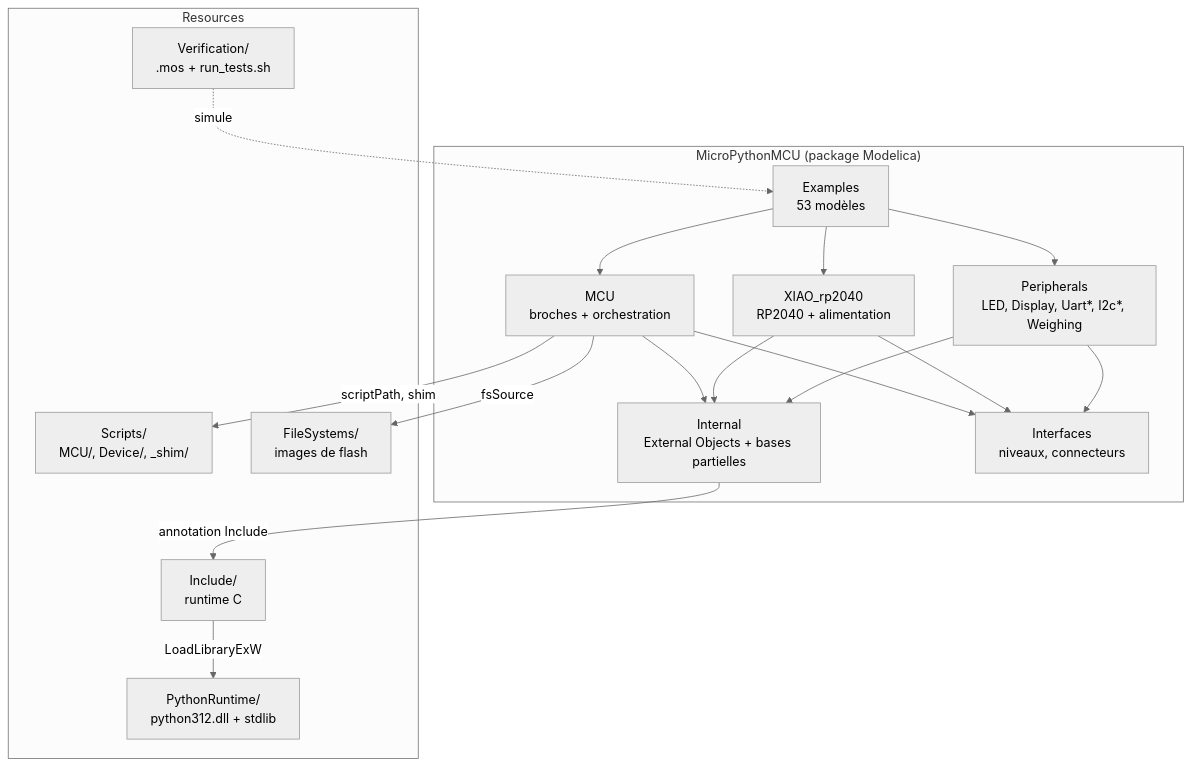
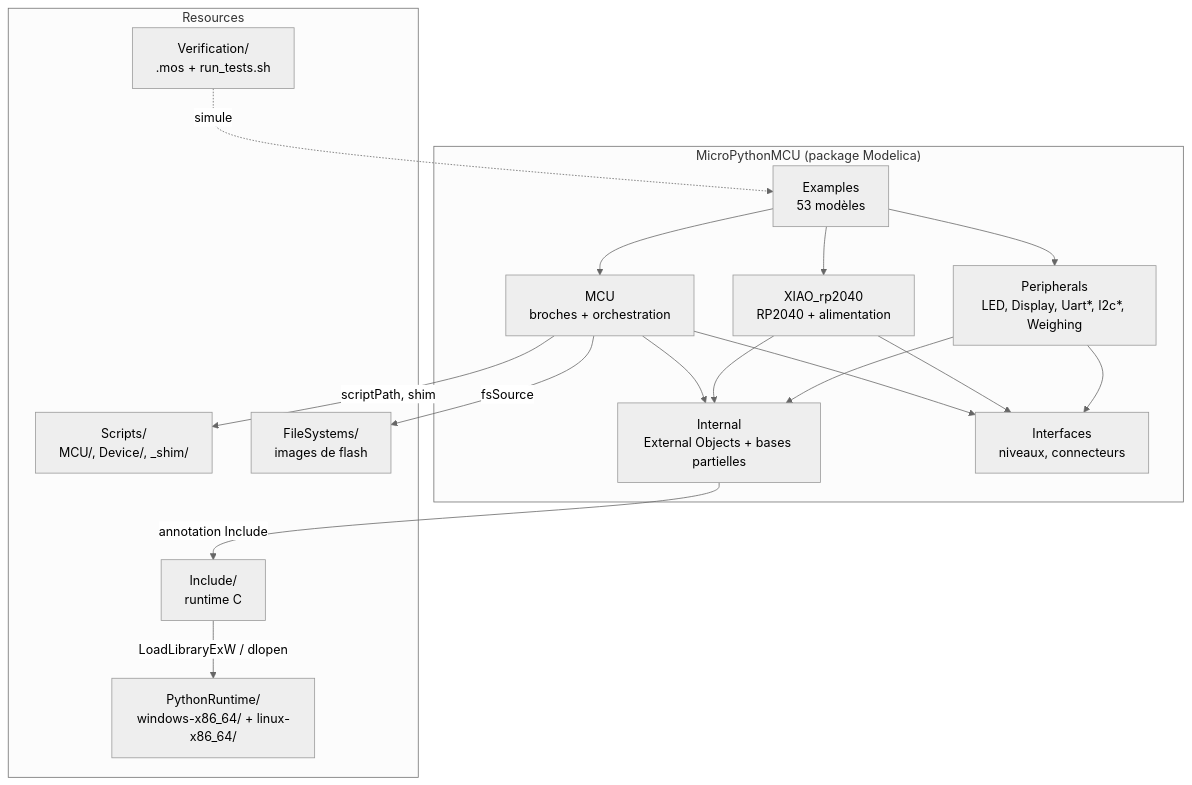
One commit to bdelaup/modelica_micropython changed the diagram in docs/fr/interne/architecture.md. Above: the diagram before and after it, drawn with Mermaid (neutral theme). The commit also changed other lines of this file and 1857 other files, not shown here.

````diff
--- a/docs/fr/interne/architecture.md
+++ b/docs/fr/interne/architecture.md
@@ -10,32 +10,32 @@
 ```mermaid
 flowchart TB
     subgraph LIB["MicroPythonMCU (package Modelica)"]
         Examples["Examples<br/>53 modèles"]
         MCU["MCU<br/>broches + orchestration"]
         XIAO["XIAO_rp2040<br/>RP2040 + alimentation"]
         Peripherals["Peripherals<br/>LED, Display, Uart*, I2c*, Weighing"]
         Internal["Internal<br/>External Objects + bases partielles"]
         Interfaces["Interfaces<br/>niveaux, connecteurs"]
     end
     subgraph RES["Resources"]
         Include["Include/<br/>runtime C"]
-        PythonRuntime["PythonRuntime/<br/>python312.dll + stdlib"]
+        PythonRuntime["PythonRuntime/<br/>windows-x86_64/ + linux-x86_64/"]
         Scripts["Scripts/<br/>MCU/, Device/, _shim/"]
         FileSystems["FileSystems/<br/>images de flash"]
         Verification["Verification/<br/>.mos + run_tests.sh"]
     end
     Examples --> MCU
     Examples --> XIAO
     Examples --> Peripherals
     MCU --> Internal
     XIAO --> Internal
     Peripherals --> Internal
     MCU --> Interfaces
     XIAO --> Interfaces
     Peripherals --> Interfaces
     Internal -- "annotation Include" --> Include
-    Include -- "LoadLibraryExW" --> PythonRuntime
+    Include -- "LoadLibraryExW / dlopen" --> PythonRuntime
     MCU -- "scriptPath, shim" --> Scripts
     MCU -- "fsSource" --> FileSystems
     Verification -. "simule" .-> Examples
 ```
````
